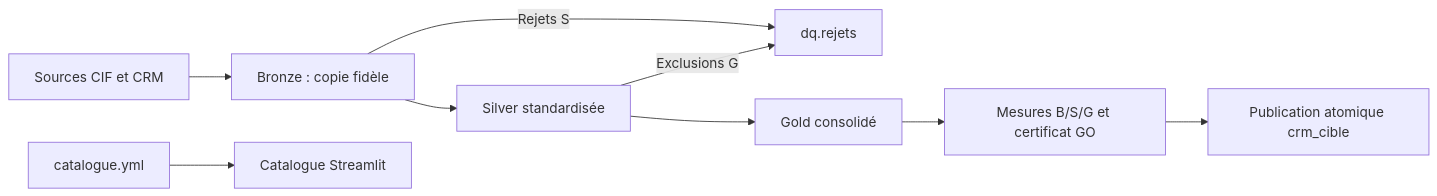
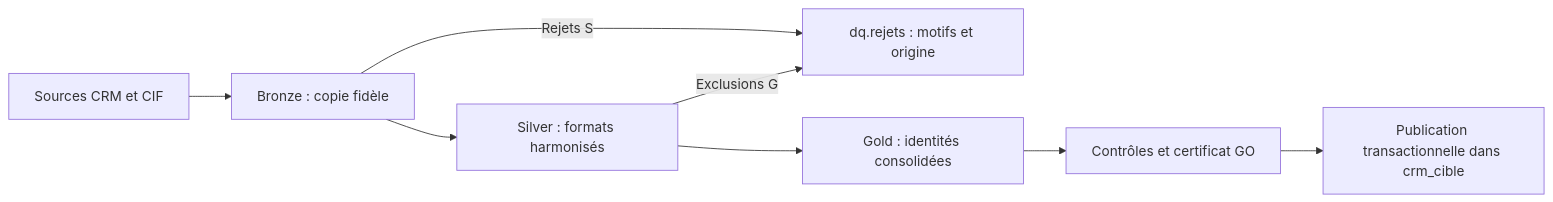
The diagram in README.md (ruthabebeneg/td-qualite-g02), drawn with Mermaid before and after one commit. The commit also changed other lines of this file and 12 other files, not shown here.

````diff
--- a/README.md
+++ b/README.md
@@ -95,11 +23,10 @@
 ```mermaid
 flowchart LR
-    A[Sources CIF et CRM] --> B[Bronze : copie fidèle]
-    B --> S[Silver standardisée]
-    B -->|Rejets S| R[dq.rejets]
+    A[Sources CRM et CIF] --> B[Bronze : copie fidèle]
+    B --> S[Silver : formats harmonisés]
+    B -->|Rejets S| R[dq.rejets : motifs et origine]
     S -->|Exclusions G| R
-    S --> G[Gold consolidé]
-    G --> Q[Mesures B/S/G et certificat GO]
-    Q --> C[Publication atomique crm_cible]
-    Y[catalogue.yml] --> U[Catalogue Streamlit]
+    S --> G[Gold : identités consolidées]
+    G --> Q[Contrôles et certificat GO]
+    Q --> C[Publication transactionnelle dans crm_cible]
 ```
````
